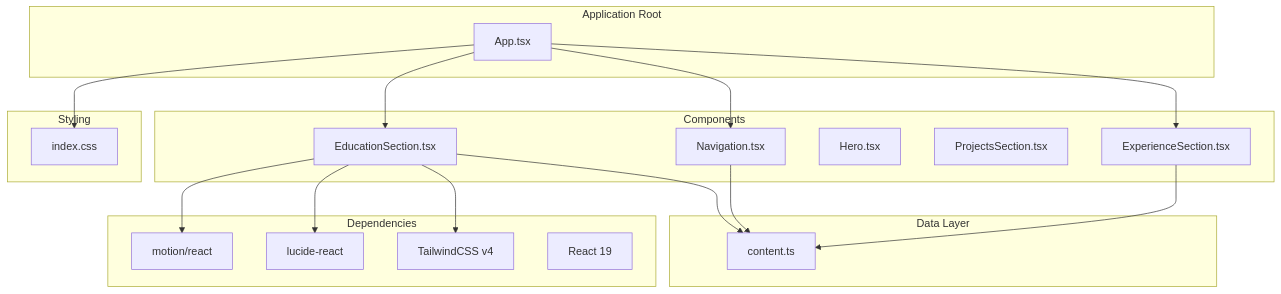
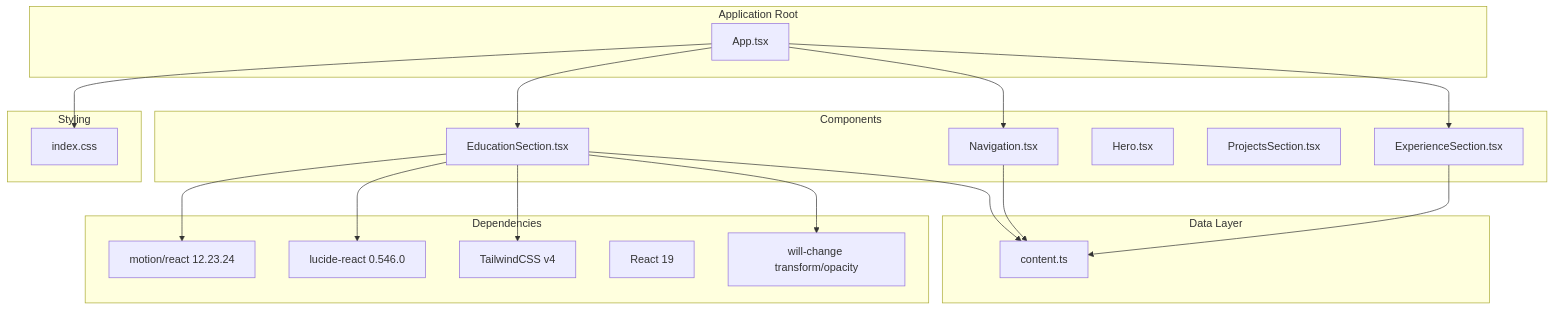
Before and after one commit to subash7781/Portfolio: the first of 11 diagrams in .qoder/repowiki/en/content/Component Library & UI Elements/EducationSection Component.md, drawn with Mermaid. The commit also changed other lines of this file and 9 other files, not shown here.

````diff
--- a/.qoder/repowiki/en/content/Component Library & UI Elements/EducationSection Component.md
+++ b/.qoder/repowiki/en/content/Component Library & UI Elements/EducationSection Component.md
@@ -50,35 +51,37 @@
 ```mermaid
 graph TB
 subgraph "Application Root"
 App[App.tsx]
 end
 subgraph "Components"
 EducationSection[EducationSection.tsx]
 Navigation[Navigation.tsx]
 Hero[Hero.tsx]
 ProjectsSection[ProjectsSection.tsx]
 ExperienceSection[ExperienceSection.tsx]
 end
 subgraph "Data Layer"
 Content[content.ts]
 end
 subgraph "Styling"
 CSS[index.css]
 end
 subgraph "Dependencies"
-Motion[motion/react]
-LucideIcons[lucide-react]
+Motion[motion/react 12.23.24]
+LucideIcons[lucide-react 0.546.0]
 Tailwind[TailwindCSS v4]
 React[React 19]
+GPUAcceleration[will-change transform/opacity]
 end
 App --> EducationSection
 EducationSection --> Content
 EducationSection --> Motion
 EducationSection --> LucideIcons
 EducationSection --> Tailwind
+EducationSection --> GPUAcceleration
 App --> Navigation
 Navigation --> Content
 App --> ExperienceSection
 ExperienceSection --> Content
 App --> CSS
 ```
````
